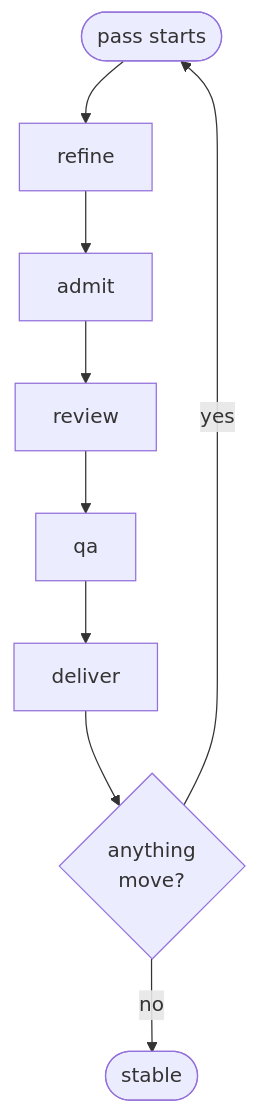
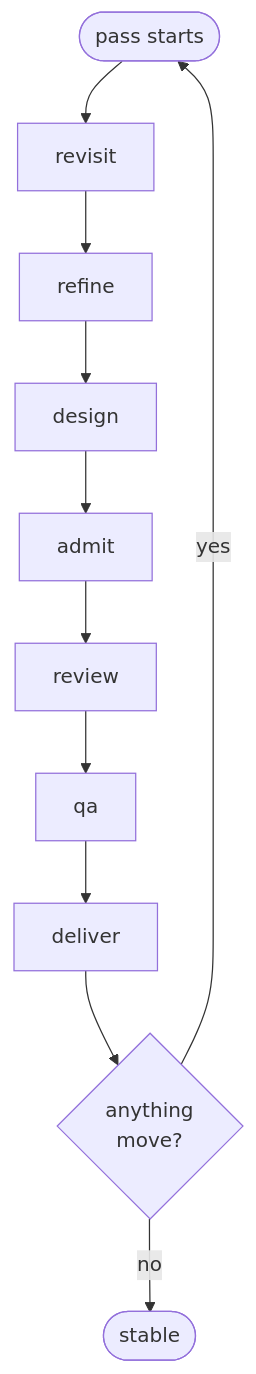
Before and after one commit to mqucifer/crew: the second of 2 diagrams in docs/running-the-crew.md, drawn with Mermaid. The commit also changed other lines of this file and 14 other files, not shown here.

First line of the commit message:
feat: the Architect revisits a strained design, and the crew carries it out

````diff
--- a/docs/running-the-crew.md
+++ b/docs/running-the-crew.md
@@ -65,11 +65,13 @@
 ```mermaid
 flowchart TD
-  S([pass starts]) --> R[refine]
-  R --> A[admit]
+  S([pass starts]) --> RV[revisit]
+  RV --> R[refine]
+  R --> DN[design]
+  DN --> A[admit]
   A --> V[review]
   V --> Q[qa]
   Q --> D[deliver]
   D --> M{anything<br/>move?}
   M -- yes --> S
   M -- no --> E([stable])
 ```
````
